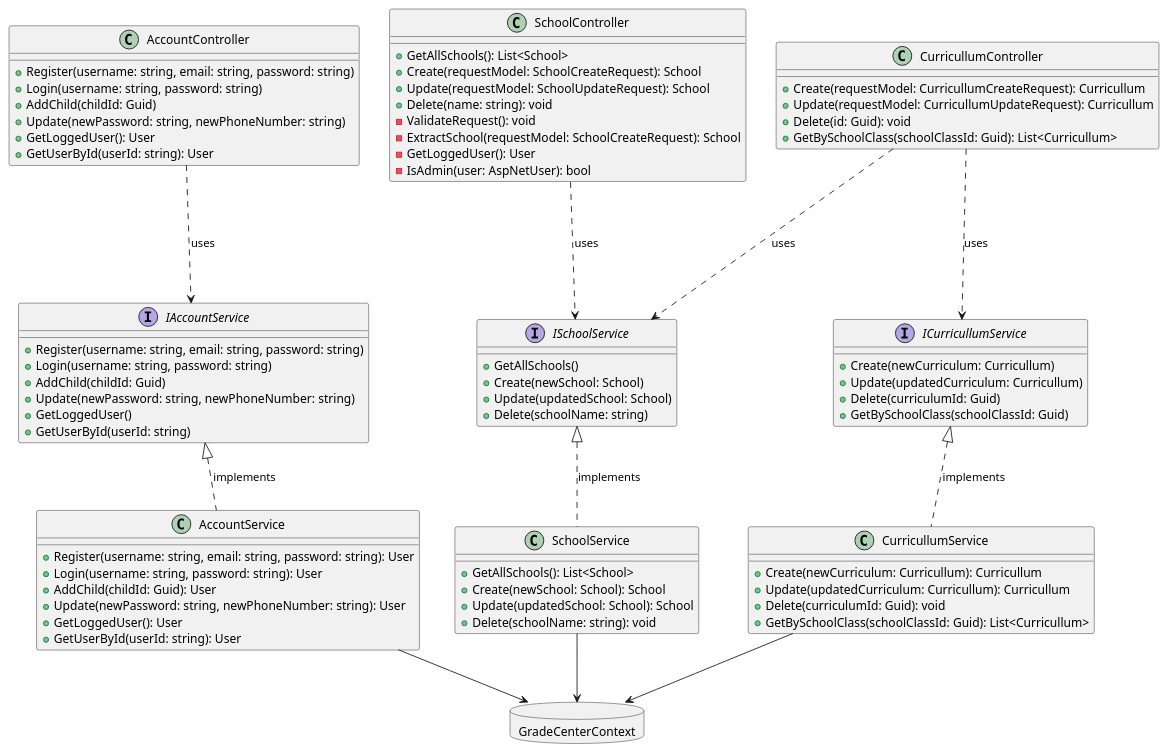
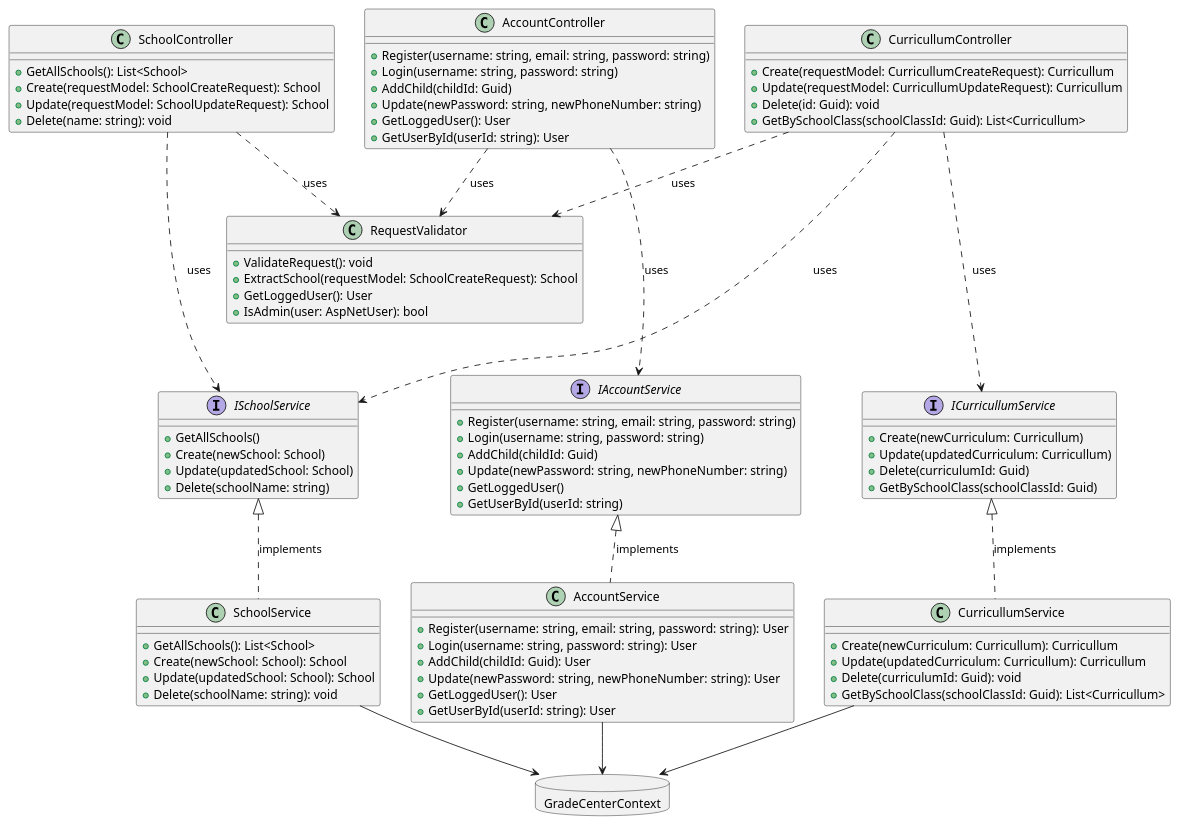
The diagram in api_design.puml (ivann9963/GradeCenter), drawn with PlantUML before and after one commit. The commit also changed 1 other file, not shown here.

```diff
--- a/api_design.puml
+++ b/api_design.puml
@@ -1,93 +1,100 @@
 @startuml
 
 class AccountController {
     + Register(username: string, email: string, password: string)
     + Login(username: string, password: string)
     + AddChild(childId: Guid)
     + Update(newPassword: string, newPhoneNumber: string)
     + GetLoggedUser(): User
     + GetUserById(userId: string): User
 }
 
 class AccountService {
     + Register(username: string, email: string, password: string): User
     + Login(username: string, password: string): User
     + AddChild(childId: Guid): User
     + Update(newPassword: string, newPhoneNumber: string): User
     + GetLoggedUser(): User
     + GetUserById(userId: string): User
 }
 
 interface IAccountService {
     + Register(username: string, email: string, password: string)
     + Login(username: string, password: string)
     + AddChild(childId: Guid)
     + Update(newPassword: string, newPhoneNumber: string)
     + GetLoggedUser()
     + GetUserById(userId: string)
 }
 
 class SchoolController {
     + GetAllSchools(): List<School>
     + Create(requestModel: SchoolCreateRequest): School
     + Update(requestModel: SchoolUpdateRequest): School
     + Delete(name: string): void
-    - ValidateRequest(): void
-    - ExtractSchool(requestModel: SchoolCreateRequest): School
-    - GetLoggedUser(): User
-    - IsAdmin(user: AspNetUser): bool
 }
 
 class SchoolService {
     + GetAllSchools(): List<School>
     + Create(newSchool: School): School
     + Update(updatedSchool: School): School
     + Delete(schoolName: string): void
 }
 
 interface ISchoolService {
     + GetAllSchools()
     + Create(newSchool: School)
     + Update(updatedSchool: School)
     + Delete(schoolName: string)
 }
 
 class CurricullumController {
     + Create(requestModel: CurricullumCreateRequest): Curricullum
     + Update(requestModel: CurricullumUpdateRequest): Curricullum
     + Delete(id: Guid): void
     + GetBySchoolClass(schoolClassId: Guid): List<Curricullum>
 }
 
 class CurricullumService {
     + Create(newCurriculum: Curricullum): Curricullum
     + Update(updatedCurriculum: Curricullum): Curricullum
     + Delete(curriculumId: Guid): void
     + GetBySchoolClass(schoolClassId: Guid): List<Curricullum>
 }
 
 interface ICurricullumService {
     + Create(newCurriculum: Curricullum)
     + Update(updatedCurriculum: Curricullum)
     + Delete(curriculumId: Guid)
     + GetBySchoolClass(schoolClassId: Guid)
 }
 
 database GradeCenterContext {
 
 }
 
+class RequestValidator {
+    + ValidateRequest(): void
+    + ExtractSchool(requestModel: SchoolCreateRequest): School
+    + GetLoggedUser(): User
+    + IsAdmin(user: AspNetUser): bool
+}
+
 AccountController ...> IAccountService : uses
 SchoolController ...> ISchoolService : uses
 CurricullumController ...> ICurricullumService : uses
 CurricullumController ...> ISchoolService : uses
 
+AccountController ..> RequestValidator : uses
+SchoolController ..> RequestValidator : uses
+CurricullumController .> RequestValidator : uses
+
+IAccountService <|.. AccountService : implements
 ISchoolService <|.. SchoolService : implements
-IAccountService <|.. AccountService : implements
 ICurricullumService <|.. CurricullumService : implements
 
+AccountService --> GradeCenterContext
 SchoolService --> GradeCenterContext
-AccountService --> GradeCenterContext
 CurricullumService --> GradeCenterContext
 
 @enduml
```
